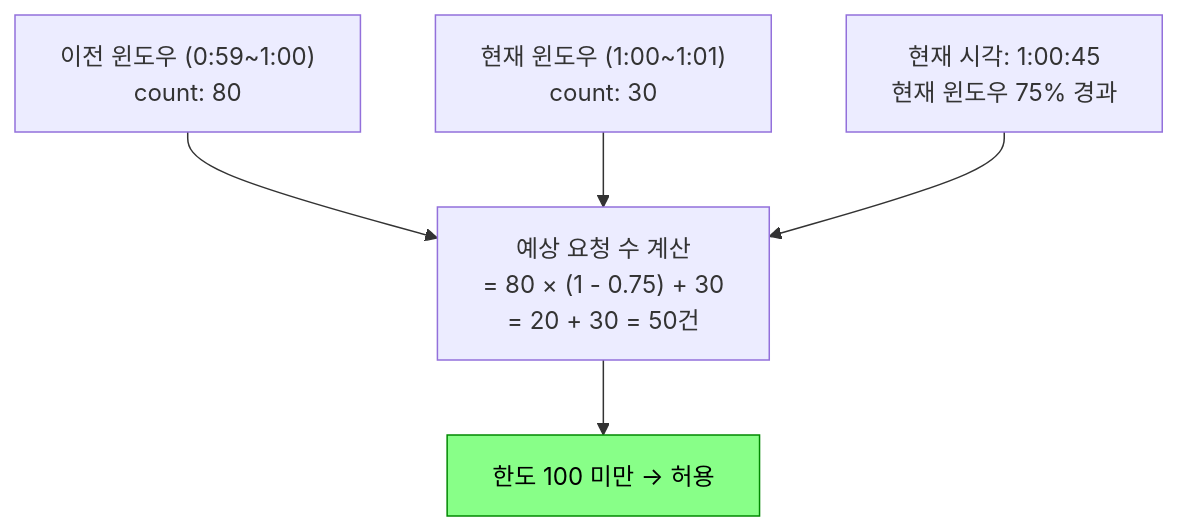
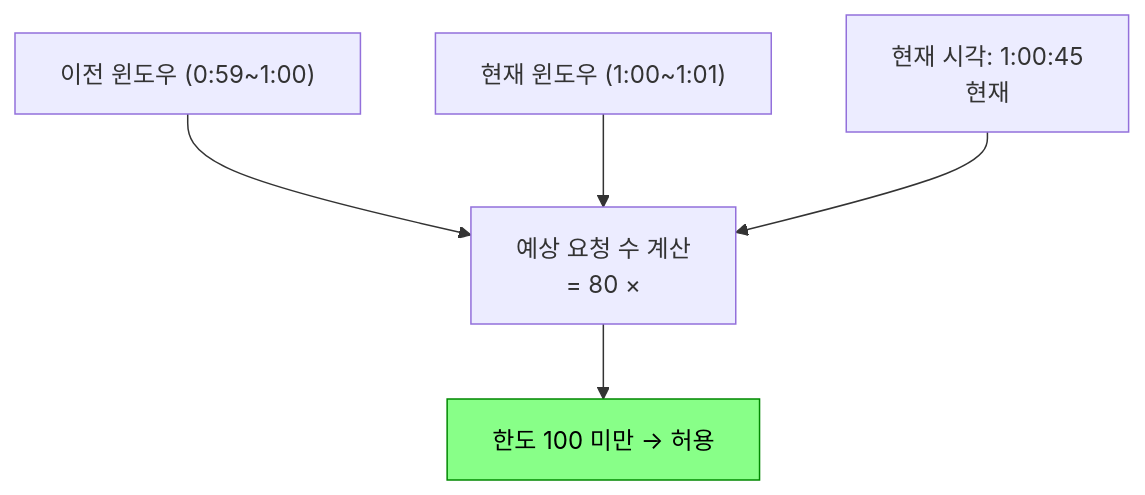
The fifth of 13 diagrams in _posts/spring/2026-05-01-rate-limiting.md (yjkim2015/yjkim2015.github.io), drawn with Mermaid before and after one commit. The commit also changed other lines of this file and 271 other files, not shown here.

First line of the commit message:
Mermaid 라벨 축소: 긴 노드 텍스트 18자 이하로 트림 + \n 제거

````diff
--- a/_posts/spring/2026-05-01-rate-limiting.md
+++ b/_posts/spring/2026-05-01-rate-limiting.md
@@ -147,10 +147,10 @@
 ```mermaid
 graph TD
-    PW["이전 윈도우 (0:59~1:00)\ncount: 80"]
-    CW["현재 윈도우 (1:00~1:01)\ncount: 30"]
-    NOW["현재 시각: 1:00:45\n현재 윈도우 75% 경과"]
-    CALC["예상 요청 수 계산\n= 80 × (1 - 0.75) + 30\n= 20 + 30 = 50건"]
+    PW["이전 윈도우 (0:59~1:00)"]
+    CW["현재 윈도우 (1:00~1:01)"]
+    NOW["현재 시각: 1:00:45\n현재"]
+    CALC["예상 요청 수 계산\n= 80 ×"]
     RESULT["한도 100 미만 → 허용"]
     style RESULT fill:#8f8,stroke:#080,color:#000
     PW & CW & NOW --> CALC --> RESULT
 ```
````
